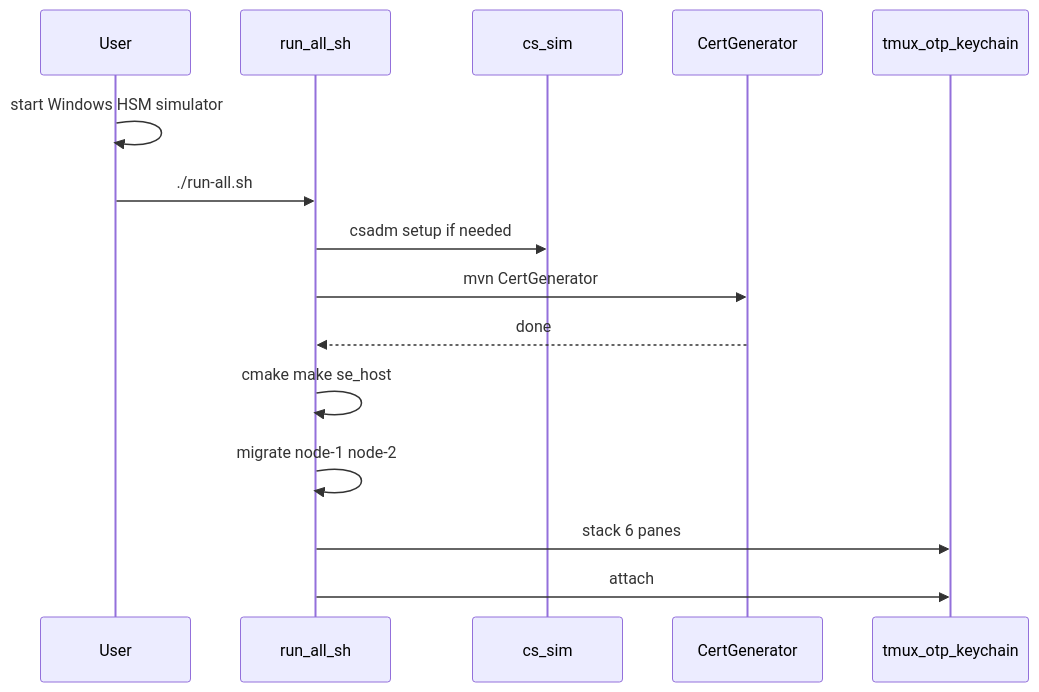
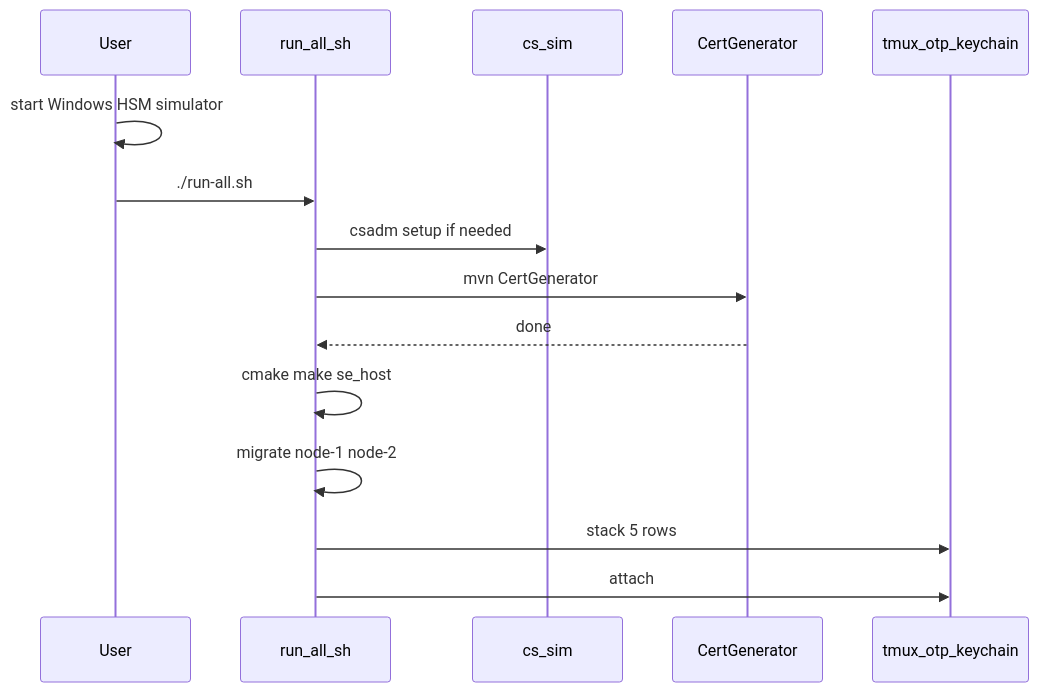
The diagram in RUN_ALL.md (vonasmic/one-time-pad-keychain), drawn with Mermaid before and after one commit. The commit also changed other lines of this file and 119 other files, not shown here.

````diff
--- a/RUN_ALL.md
+++ b/RUN_ALL.md
@@ -25,18 +25,18 @@
 ```mermaid
 sequenceDiagram
   participant User
   participant Script as run_all_sh
   participant Hsm as cs_sim
   participant Cert as CertGenerator
   participant Tmux as tmux_otp_keychain
 
   User->>User: start Windows HSM simulator
   User->>Script: ./run-all.sh
   Script->>Hsm: csadm setup if needed
   Script->>Cert: mvn CertGenerator
   Cert-->>Script: done
   Script->>Script: cmake make se_host
   Script->>Script: migrate node-1 node-2
-  Script->>Tmux: stack 6 panes
+  Script->>Tmux: stack 5 rows
   Script->>Tmux: attach
 ```
````
